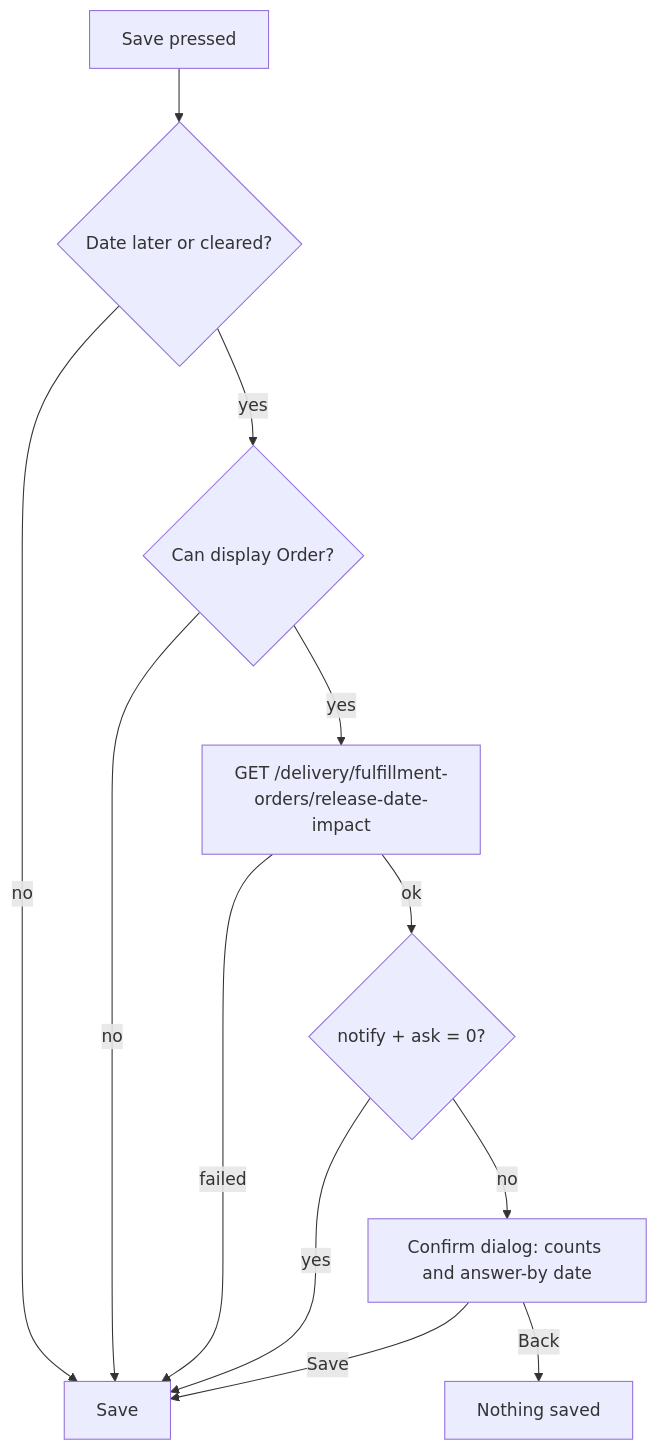
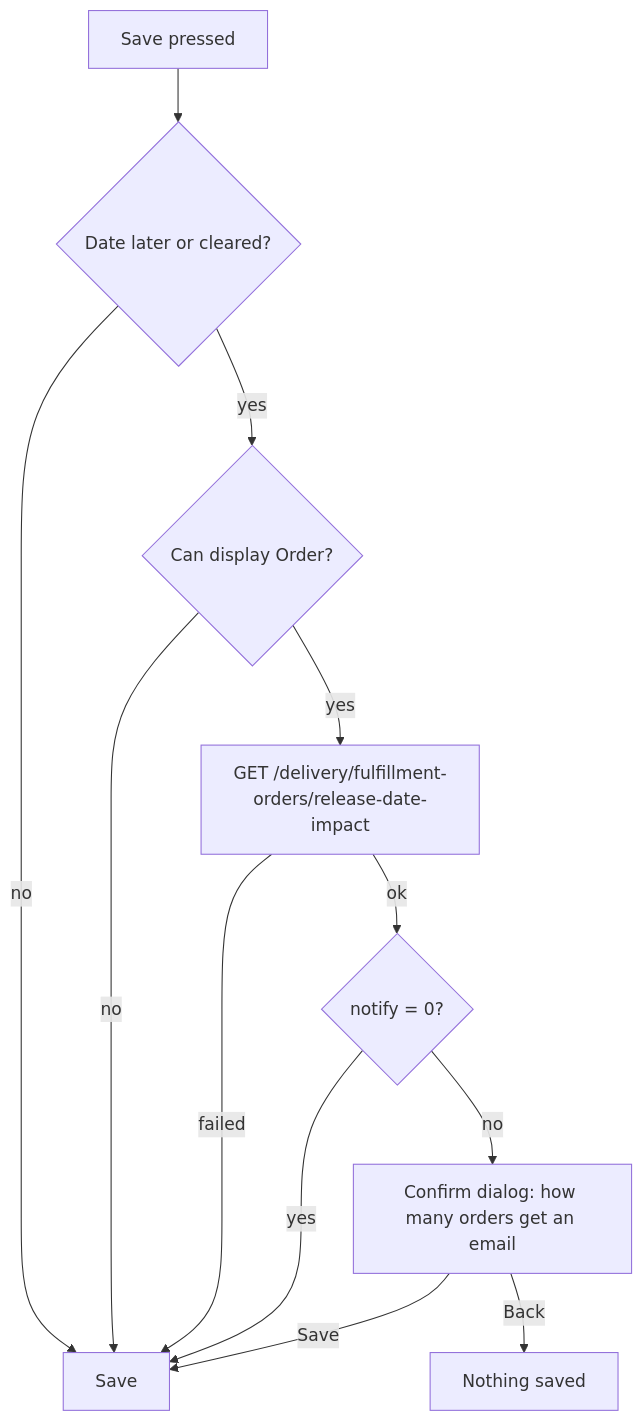
Before and after one commit to Guebbit/boilerplate-vue-frontend: the fifth of 5 diagrams in docs/modules/products.md, drawn with Mermaid. The commit also changed 43 other files, not shown here.

````diff
--- a/docs/modules/products.md
+++ b/docs/modules/products.md
@@ -183,14 +183,14 @@
 ```mermaid
 flowchart TD
     A[Save pressed] --> B{Date later or cleared?}
     B -- no --> S[Save]
     B -- yes --> C{Can display Order?}
     C -- no --> S
     C -- yes --> D[GET /delivery/fulfillment-orders/release-date-impact]
     D -- failed --> S
-    D -- ok --> E{notify + ask = 0?}
+    D -- ok --> E{notify = 0?}
     E -- yes --> S
-    E -- no --> F[Confirm dialog: counts and answer-by date]
+    E -- no --> F[Confirm dialog: how many orders get an email]
     F -- Save --> S
     F -- Back --> X[Nothing saved]
 ```
````
